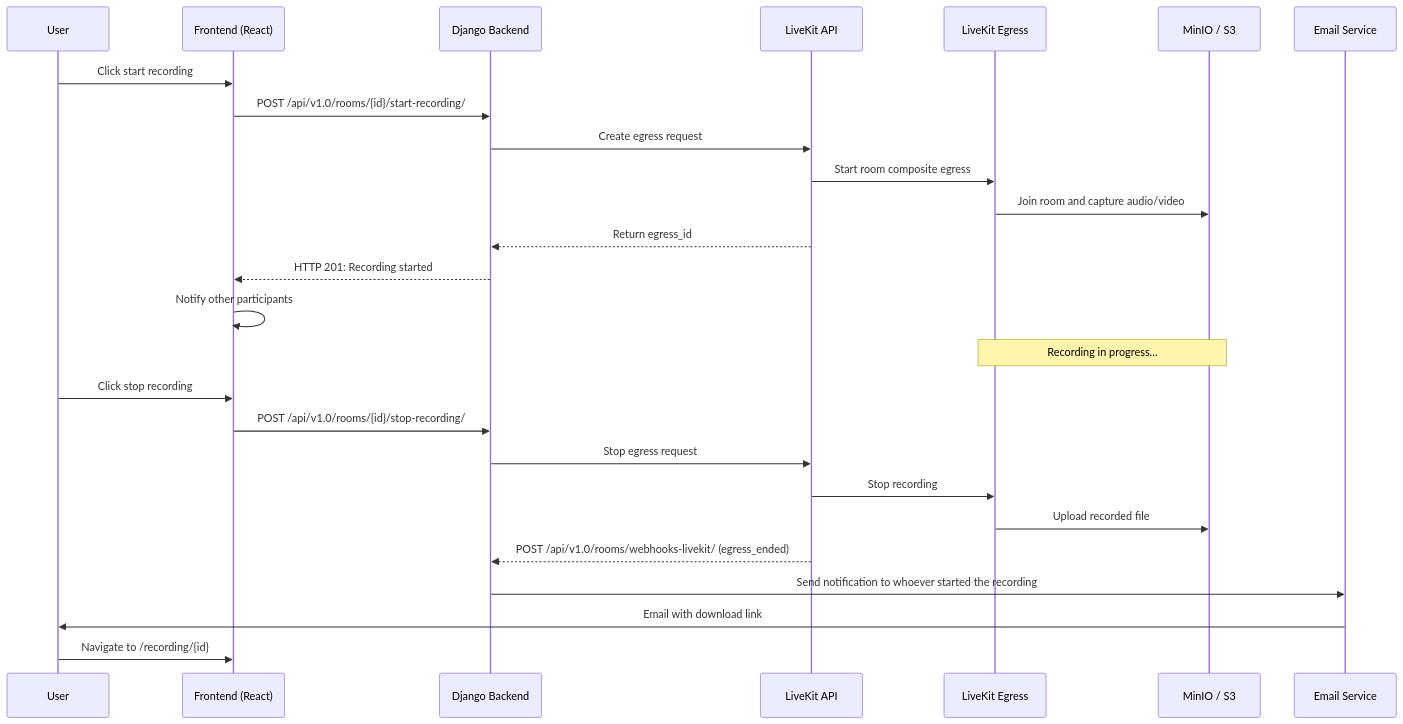
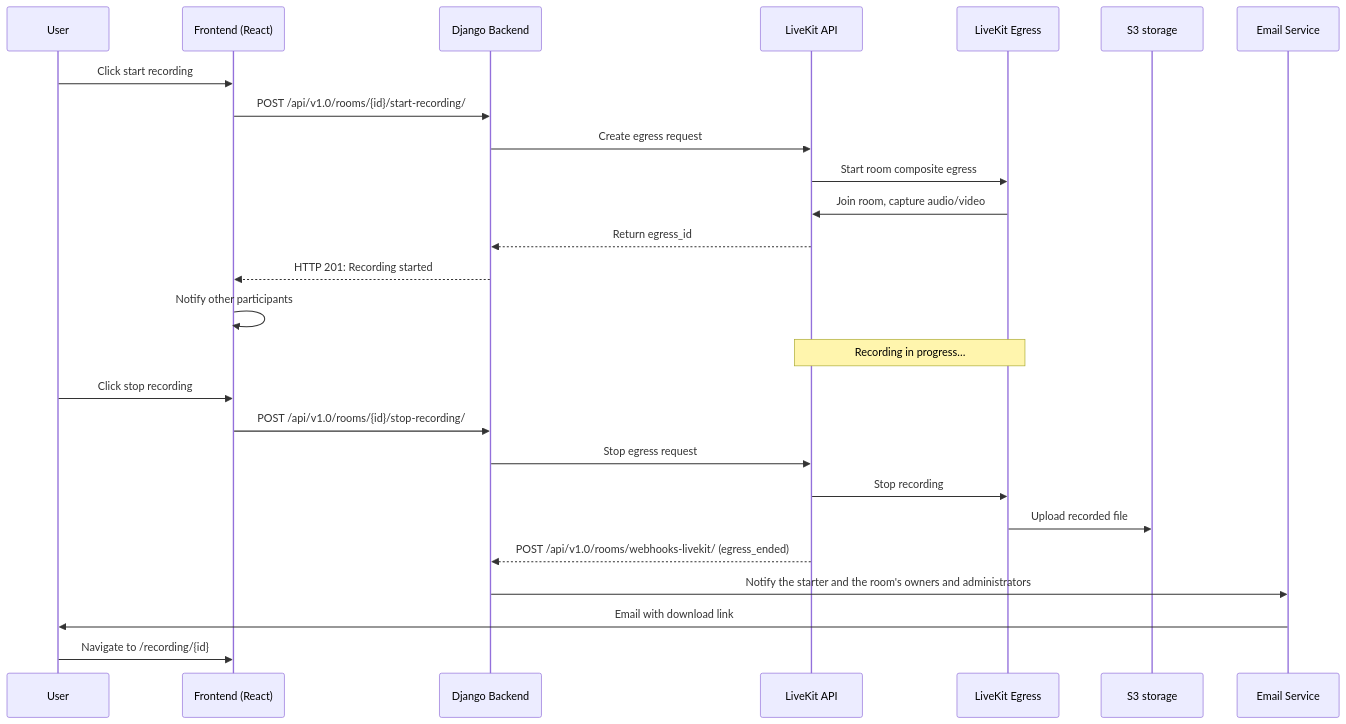
The diagram in docs/self-hosting/configuration/recording.md (suitenumerique/meet), drawn with Mermaid before and after one commit. The commit also changed other lines of this file and 70 other files, not shown here.

````diff
--- a/docs/self-hosting/configuration/recording.md
+++ b/docs/self-hosting/configuration/recording.md
@@ -14,31 +32,31 @@
 ```mermaid
 sequenceDiagram
     participant User
     participant Frontend as Frontend (React)
     participant Backend as Django Backend
     participant LiveKit as LiveKit API
     participant Egress as LiveKit Egress
-    participant Storage as MinIO / S3
+    participant Storage as S3 storage
     participant Email as Email Service
 
     User->>Frontend: Click start recording
     Frontend->>Backend: POST /api/v1.0/rooms/{id}/start-recording/
     Backend->>LiveKit: Create egress request
     LiveKit->>Egress: Start room composite egress
-    Egress->>Storage: Join room and capture audio/video
+    Egress->>LiveKit: Join room, capture audio/video
     LiveKit-->>Backend: Return egress_id
     Backend-->>Frontend: HTTP 201: Recording started
     Frontend->>Frontend: Notify other participants
 
-    Note over Egress,Storage: Recording in progress…
+    Note over LiveKit,Egress: Recording in progress…
 
     User->>Frontend: Click stop recording
     Frontend->>Backend: POST /api/v1.0/rooms/{id}/stop-recording/
     Backend->>LiveKit: Stop egress request
     LiveKit->>Egress: Stop recording
     Egress->>Storage: Upload recorded file
     LiveKit-->>Backend: POST /api/v1.0/rooms/webhooks-livekit/ (egress_ended)
-    Backend->>Email: Send notification to whoever started the recording
+    Backend->>Email: Notify the starter and the room's owners and administrators
     Email->>User: Email with download link
     User->>Frontend: Navigate to /recording/{id}
 ```
````
